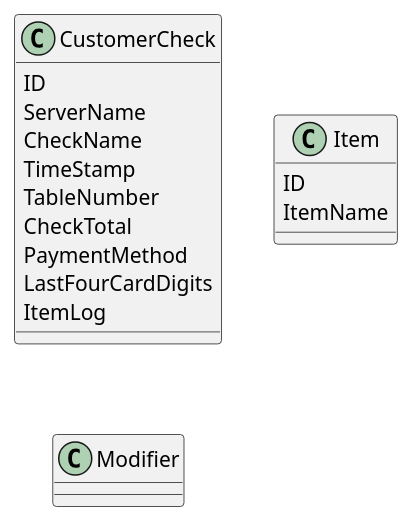
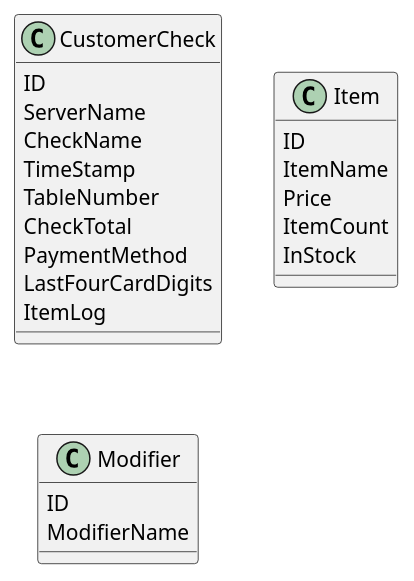
Before and after one commit to BS-POS/BS-POS: the diagram in Project UML.puml, drawn with PlantUML. The commit also changed 1 other file, not shown here.

Commit message:
made changes to modifier class

```diff
--- a/Project UML.puml
+++ b/Project UML.puml
@@ -1,24 +1,29 @@
 @startuml
 
 Class CustomerCheck {
 ID
 ServerName
 CheckName
 TimeStamp
 TableNumber
 CheckTotal
 PaymentMethod
 LastFourCardDigits
 ItemLog
 }
 
 Class Item {
 ID
 ItemName
-
+Price
+ItemCount
+InStock
 }
 
-Class Modifier {}
+Class Modifier {
+ID
+ModifierName
+}
 
 
 @enduml
```
